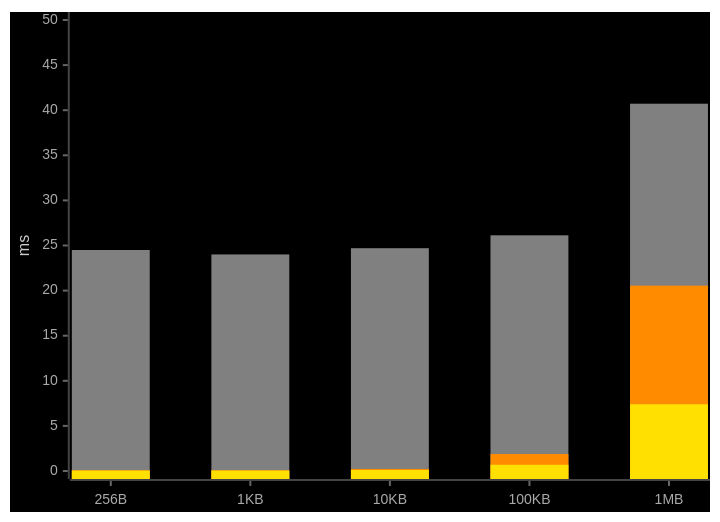
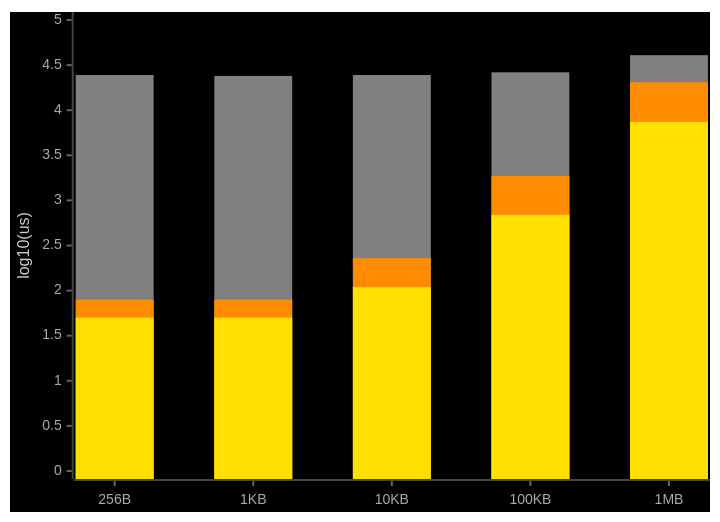
The first of 2 diagrams in README.md (inference-labs-inc/lightning), drawn with Mermaid before and after one commit. The commit also changed other lines of this file and 1 other file, not shown here.

Commit message:
Eliminate unused variable and apply log10 transform to latency chart
Remove unused resp assignment in bittensor latency loop. Convert latency
chart to log10(microseconds) scale so all three series are visible at
sub-millisecond resolution.

````diff
--- a/README.md
+++ b/README.md
@@ -78,26 +78,26 @@
 ```mermaid
 ---
 config:
     xyChart:
         plotReservedSpacePercent: 60
     themeVariables:
         xyChart:
             backgroundColor: "#000000"
             plotColorPalette: "#808080, #FF8C00, #FFE000"
             titleColor: "#ffffff"
             xAxisLabelColor: "#aaaaaa"
             xAxisTitleColor: "#cccccc"
             xAxisTickColor: "#666666"
             xAxisLineColor: "#444444"
             yAxisLabelColor: "#aaaaaa"
             yAxisTitleColor: "#cccccc"
             yAxisTickColor: "#666666"
             yAxisLineColor: "#444444"
 ---
 xychart-beta
     x-axis ["256B", "1KB", "10KB", "100KB", "1MB"]
-    y-axis "ms" 0 --> 50
-    bar "bittensor" [24.50, 24.01, 24.70, 26.13, 40.72]
-    bar "lightning (Python)" [0.08, 0.08, 0.23, 1.88, 20.55]
-    bar "lightning (Rust)" [0.05, 0.05, 0.11, 0.69, 7.40]
+    y-axis "log10(us)" 0 --> 5
+    bar "bittensor" [4.39, 4.38, 4.39, 4.42, 4.61]
+    bar "lightning (Python)" [1.90, 1.90, 2.36, 3.27, 4.31]
+    bar "lightning (Rust)" [1.70, 1.70, 2.04, 2.84, 3.87]
 ```
````
